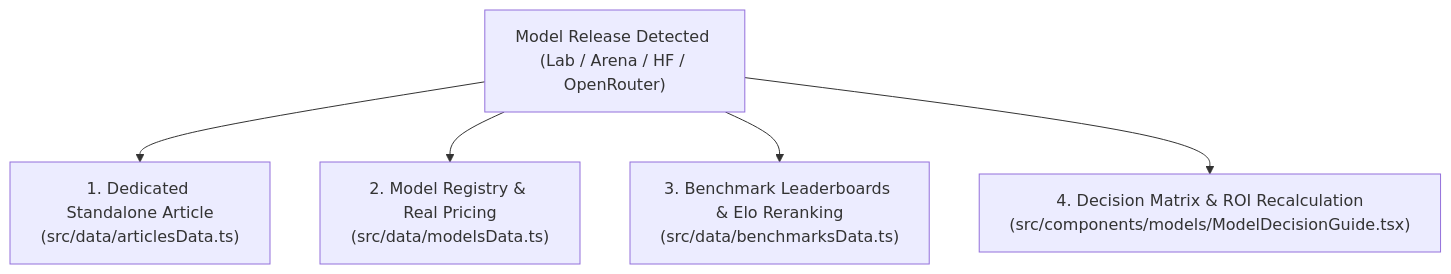
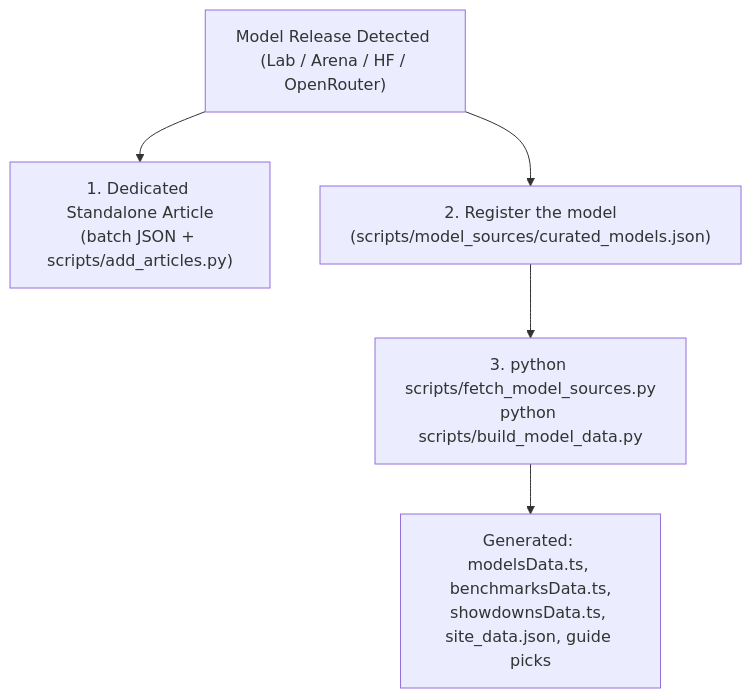
Before and after one commit to Daddy-Ousen/NextVector: the diagram in DAILY_UPDATE_PIPELINE.md, drawn with Mermaid. The commit also changed other lines of this file and 10 other files, not shown here.

First line of the commit message:
feat(pipeline): set up daily update for Antigravity with batch writer and model watch

````diff
--- a/DAILY_UPDATE_PIPELINE.md
+++ b/DAILY_UPDATE_PIPELINE.md
@@ -124,11 +129,11 @@
 ```mermaid
 flowchart TD
     Detect["Model Release Detected (Lab / Arena / HF / OpenRouter)"] --> Art["1. Dedicated Standalone Article
-(src/data/articlesData.ts)"]
-    Detect --> Reg["2. Model Registry & Real Pricing
-(src/data/modelsData.ts)"]
-    Detect --> Bench["3. Benchmark Leaderboards & Elo Reranking
-(src/data/benchmarksData.ts)"]
-    Detect --> Guide["4. Decision Matrix & ROI Recalculation
-(src/components/models/ModelDecisionGuide.tsx)"]
+(batch JSON + scripts/add_articles.py)"]
+    Detect --> Reg["2. Register the model
+(scripts/model_sources/curated_models.json)"]
+    Reg --> Fetch["3. python scripts/fetch_model_sources.py
+python scripts/build_model_data.py"]
+    Fetch --> Gen["Generated: modelsData.ts, benchmarksData.ts,
+showdownsData.ts, site_data.json, guide picks"]
 ```
````
